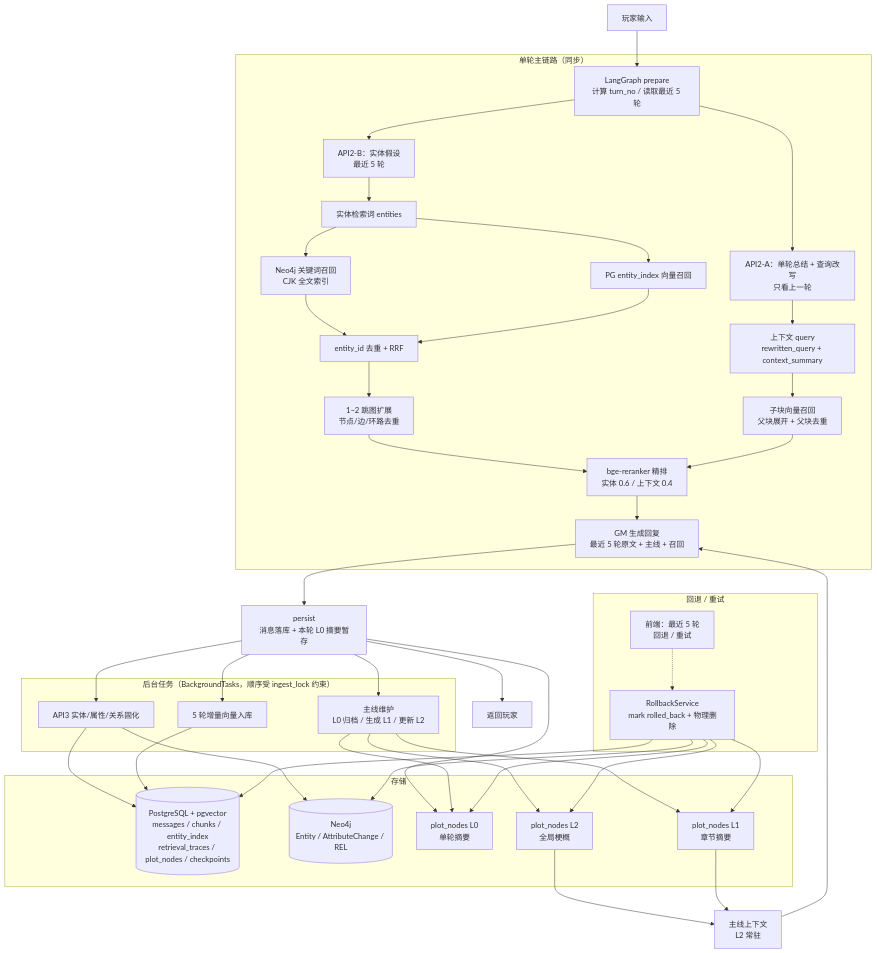
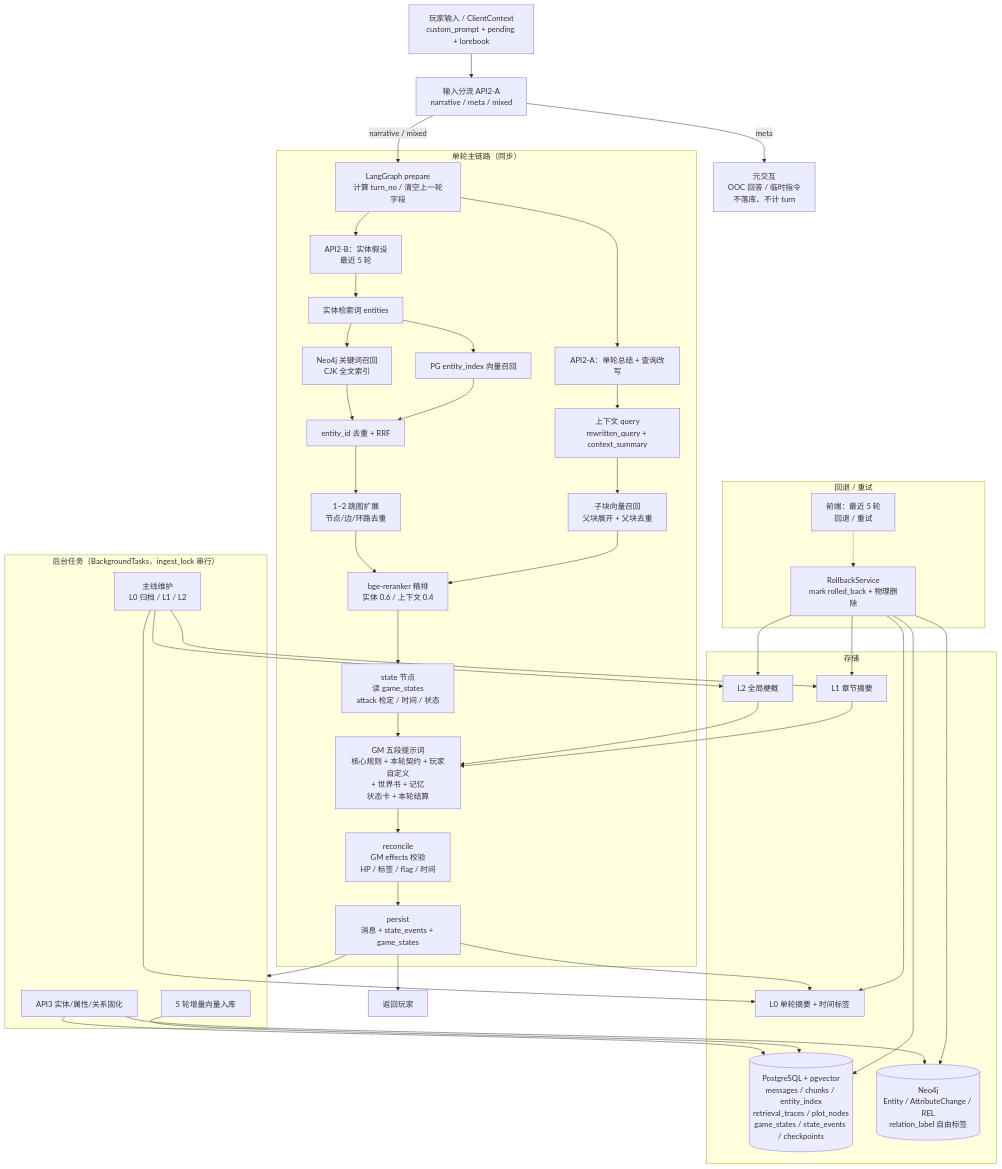
Before and after one commit to hjiaju336-sys/mem_ol: the first of 3 diagrams in docs/business_logic_flow.md, drawn with Mermaid. The commit also changed other lines of this file and 6 other files, not shown here.

````diff
--- a/docs/business_logic_flow.md
+++ b/docs/business_logic_flow.md
@@ -11,64 +12,65 @@
 ```mermaid
 flowchart TD
-    U["玩家输入"] --> PREP["LangGraph prepare<br/>计算 turn_no / 读取最近 5 轮"]
+    U["玩家输入 / ClientContext<br/>custom_prompt + pending + lorebook"] --> CLASSIFY["输入分流 API2-A<br/>narrative / meta / mixed"]
+
+    CLASSIFY -- meta --> META["元交互<br/>OOC 回答 / 临时指令<br/>不落库、不计 turn"]
+    CLASSIFY -- narrative / mixed --> PREP["LangGraph prepare<br/>计算 turn_no / 清空上一轮字段"]
 
     subgraph TURN["单轮主链路（同步）"]
-        PREP --> A2A["API2-A：单轮总结 + 查询改写<br/>只看上一轮"]
+        PREP --> A2A["API2-A：单轮总结 + 查询改写"]
         PREP --> A2B["API2-B：实体假设<br/>最近 5 轮"]
         A2A --> CTXQ["上下文 query<br/>rewritten_query + context_summary"]
         A2B --> ENTQ["实体检索词 entities"]
         ENTQ --> EK["Neo4j 关键词召回<br/>CJK 全文索引"]
         ENTQ --> EV["PG entity_index 向量召回"]
         EK --> FUSE["entity_id 去重 + RRF"]
         EV --> FUSE
         FUSE --> EXP["1~2 跳图扩展<br/>节点/边/环路去重"]
         CTXQ --> CR["子块向量召回<br/>父块展开 + 父块去重"]
         EXP --> RR["bge-reranker 精排<br/>实体 0.6 / 上下文 0.4"]
         CR --> RR
-        RR --> GM["GM 生成回复<br/>最近 5 轮原文 + 主线 + 召回"]
+        RR --> STATE["state 节点<br/>读 game_states<br/>attack 检定 / 时间 / 状态"]
+        STATE --> GM["GM 五段提示词<br/>核心规则 + 本轮契约 + 玩家自定义<br/>+ 世界书 + 记忆<br/>状态卡 + 本轮结算"]
+        GM --> RECON["reconcile<br/>GM effects 校验<br/>HP / 标签 / flag / 时间"]
+        RECON --> PERSIST["persist<br/>消息 + state_events + game_states"]
     end
 
-    GM --> PERSIST["persist<br/>消息落库 + 本轮 L0 摘要暂存"]
     PERSIST --> REPLY["返回玩家"]
+    PERSIST --> BG
 
-    subgraph BG["后台任务（BackgroundTasks，顺序受 ingest_lock 约束）"]
+    subgraph BG["后台任务（BackgroundTasks，ingest_lock 串行）"]
         API3["API3 实体/属性/关系固化"]
         ING["5 轮增量向量入库"]
-        PLOTM["主线维护<br/>L0 归档 / 生成 L1 / 更新 L2"]
+        PLOTM["主线维护<br/>L0 归档 / L1 / L2"]
     end
 
-    PERSIST --> API3
-    PERSIST --> ING
-    PERSIST --> PLOTM
-
     subgraph STORE["存储"]
-        PG[("PostgreSQL + pgvector<br/>messages / chunks / entity_index<br/>retrieval_traces / plot_nodes / checkpoints")]
-        NEO[("Neo4j<br/>Entity / AttributeChange / REL")]
-        L0["plot_nodes L0<br/>单轮摘要"]
-        L1["plot_nodes L1<br/>章节摘要"]
-        L2["plot_nodes L2<br/>全局梗概"]
+        PG[("PostgreSQL + pgvector<br/>messages / chunks / entity_index<br/>retrieval_traces / plot_nodes<br/>game_states / state_events / checkpoints")]
+        NEO[("Neo4j<br/>Entity / AttributeChange / REL<br/>relation_label 自由标签")]
+        L0["L0 单轮摘要 + 时间标签"]
+        L1["L1 章节摘要"]
+        L2["L2 全局梗概"]
     end
 
     API3 --> NEO
     API3 --> PG
     ING --> PG
     PERSIST --> L0
     PLOTM --> L0
     PLOTM --> L1
     PLOTM --> L2
-    L2 --> PLOTCTX["主线上下文<br/>L2 常驻"]
-    L1 --> PLOTCTX
-    PLOTCTX --> GM
+    L2 --> GM
+    L1 --> GM
 
     subgraph RB["回退 / 重试"]
         UI["前端：最近 5 轮<br/>回退 / 重试"]
         RS["RollbackService<br/>mark rolled_back + 物理删除"]
     end
 
     UI -.-> RS
     RS --> PG
     RS --> NEO
     RS --> L0
     RS --> L1
     RS --> L2
 ```
````
